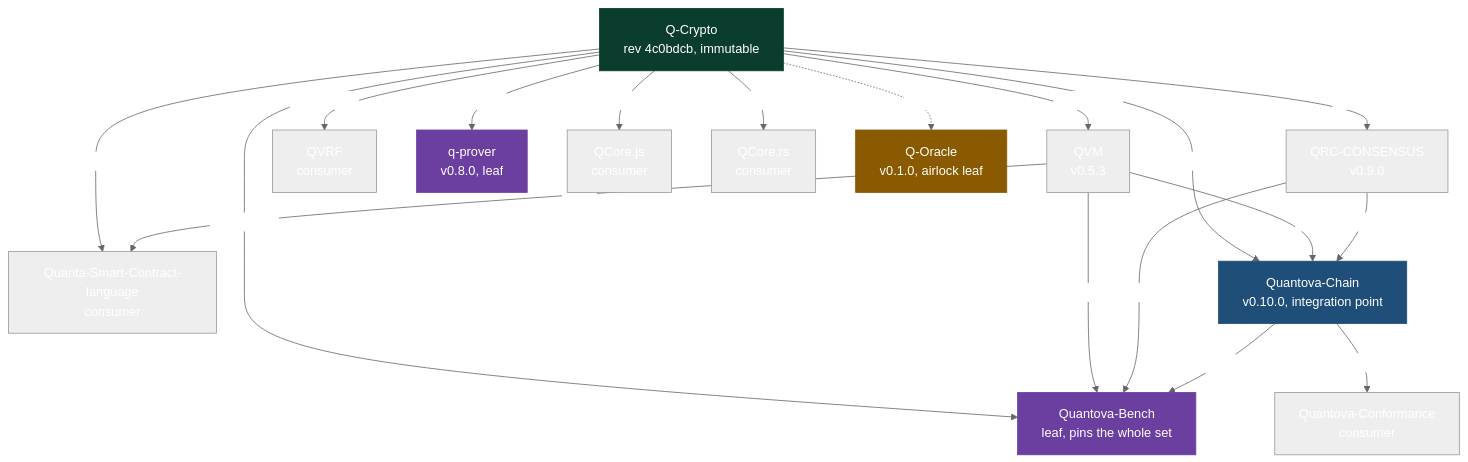
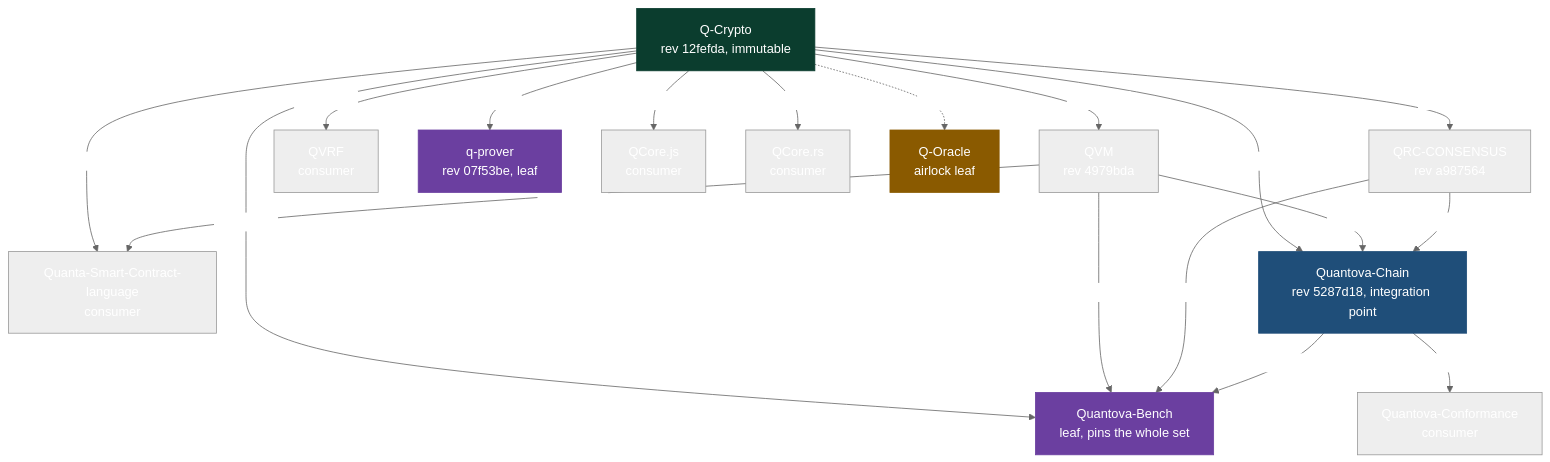
The diagram in docs/pin-flow.md (Quantova/Quantova-Ci), drawn with Mermaid (neutral theme) before and after one commit. The commit also changed other lines of this file and 1 other file, not shown here.

Commit message:
show the commits the stack pins in the pin map and the current shared workflow commit in the readme

````diff
--- a/docs/pin-flow.md
+++ b/docs/pin-flow.md
@@ -7,45 +7,45 @@
 ```mermaid
 graph TD
-    QCRYPTO["Q-Crypto<br/>rev 4c0bdcb, immutable"]
-    QVM["QVM<br/>v0.5.3"]
-    QRC["QRC-CONSENSUS<br/>v0.9.0"]
+    QCRYPTO["Q-Crypto<br/>rev 12fefda, immutable"]
+    QVM["QVM<br/>rev 4979bda"]
+    QRC["QRC-CONSENSUS<br/>rev a987564"]
     QVRF["QVRF<br/>consumer"]
-    QPROVER["q-prover<br/>v0.8.0, leaf"]
+    QPROVER["q-prover<br/>rev 07f53be, leaf"]
     QCOREJS["QCore.js<br/>consumer"]
     QCORERS["QCore.rs<br/>consumer"]
     QUANTA["Quanta-Smart-Contract-language<br/>consumer"]
-    CHAIN["Quantova-Chain<br/>v0.10.0, integration point"]
+    CHAIN["Quantova-Chain<br/>rev 5287d18, integration point"]
     BENCH["Quantova-Bench<br/>leaf, pins the whole set"]
     CONF["Quantova-Conformance<br/>consumer"]
-    ORACLE["Q-Oracle<br/>v0.1.0, airlock leaf"]
+    ORACLE["Q-Oracle<br/>airlock leaf"]
 
-    QCRYPTO -->|rev 4c0bdcb| QVM
-    QCRYPTO -->|rev 4c0bdcb| QRC
-    QCRYPTO -->|rev 4c0bdcb| QVRF
-    QCRYPTO -->|rev 4c0bdcb| QPROVER
-    QCRYPTO -->|rev 4c0bdcb| QCOREJS
-    QCRYPTO -->|rev 4c0bdcb| QCORERS
-    QCRYPTO -->|rev 4c0bdcb| QUANTA
-    QCRYPTO -->|rev 4c0bdcb| CHAIN
-    QCRYPTO -->|rev 4c0bdcb| BENCH
+    QCRYPTO -->|rev 12fefda| QVM
+    QCRYPTO -->|rev 12fefda| QRC
+    QCRYPTO -->|rev 12fefda| QVRF
+    QCRYPTO -->|rev 12fefda| QPROVER
+    QCRYPTO -->|rev 12fefda| QCOREJS
+    QCRYPTO -->|rev 12fefda| QCORERS
+    QCRYPTO -->|rev 12fefda| QUANTA
+    QCRYPTO -->|rev 12fefda| CHAIN
+    QCRYPTO -->|rev 12fefda| BENCH
     QCRYPTO -.->|local path| ORACLE
 
-    QVM -->|v0.5.3| QUANTA
-    QVM -->|v0.5.3| CHAIN
-    QVM -->|v0.5.3| BENCH
+    QVM -->|rev 4979bda| QUANTA
+    QVM -->|rev 4979bda| CHAIN
+    QVM -->|rev 4979bda| BENCH
 
-    QRC -->|v0.9.0| CHAIN
-    QRC -->|v0.9.0| BENCH
+    QRC -->|rev a987564| CHAIN
+    QRC -->|rev a987564| BENCH
 
-    CHAIN -->|v0.10.0| BENCH
-    CHAIN -->|v0.10.0| CONF
+    CHAIN -->|rev 5287d18| BENCH
+    CHAIN -->|rev 5287d18| CONF
 
     classDef root fill:#0b3d2e,stroke:#0b3d2e,color:#ffffff
     classDef integ fill:#1f4e79,stroke:#1f4e79,color:#ffffff
     classDef leaf fill:#6b3fa0,stroke:#6b3fa0,color:#ffffff
     classDef airlock fill:#8a5a00,stroke:#8a5a00,color:#ffffff
     class QCRYPTO root
     class CHAIN integ
     class BENCH,QPROVER leaf
     class ORACLE airlock
 ```
````
